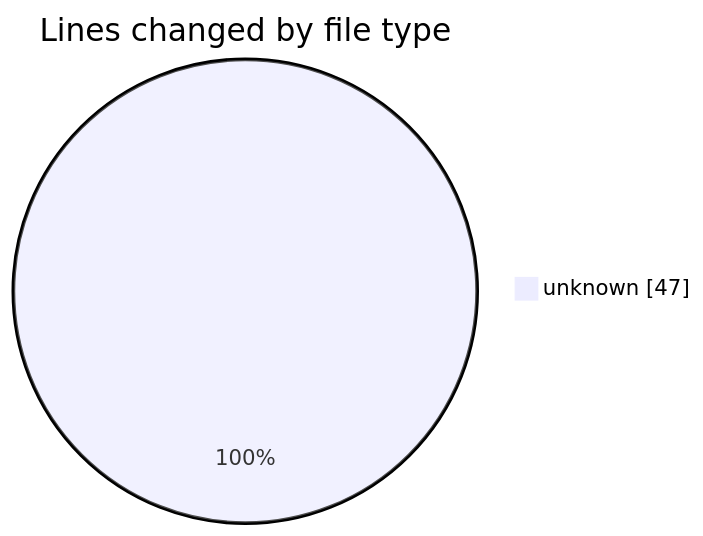
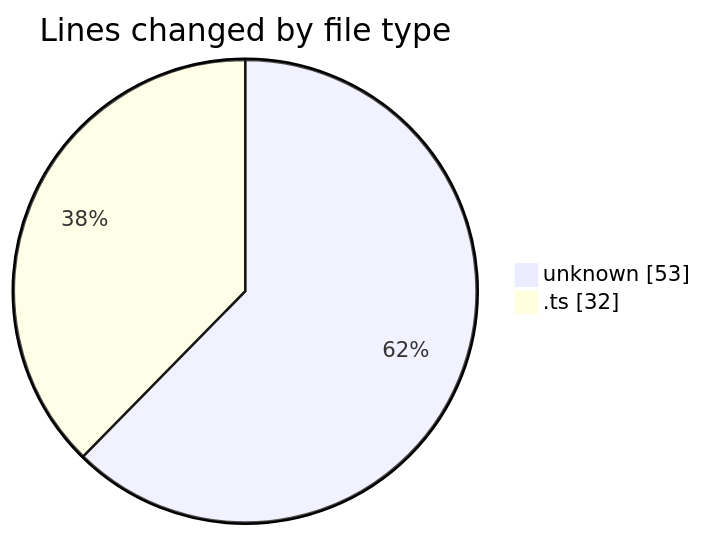
One commit to Elitesun/code-tracking changed the first of 2 diagrams in 2025-05-17/niten/README.md. Above: the diagram before and after it, drawn with Mermaid. The commit also changed other lines of this file and 1 other file, not shown here.

````diff
--- a/2025-05-17/niten/README.md
+++ b/2025-05-17/niten/README.md
@@ -20,5 +21,6 @@
 ```mermaid
 pie showData
 title Lines changed by file type
-"unknown" : 47
+"unknown" : 53
+".ts" : 32
 ```
````
